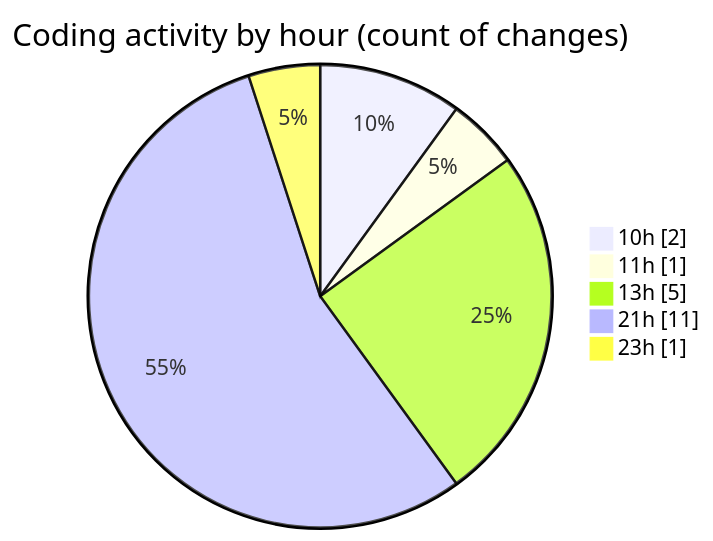
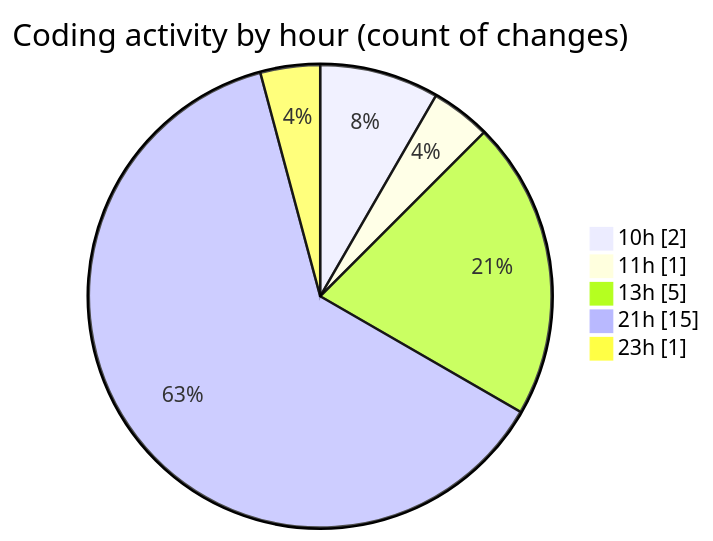
Before and after one commit to Elitesun/code-tracking: the second of 2 diagrams in 2025-05-26/elitesun/README.md, drawn with Mermaid. The commit also changed other lines of this file and 1 other file, not shown here.

````diff
--- a/2025-05-26/elitesun/README.md
+++ b/2025-05-26/elitesun/README.md
@@ -42,9 +45,9 @@
 ```mermaid
 pie showData
 title Coding activity by hour (count of changes)
 "10h" : 2
 "11h" : 1
 "13h" : 5
-"21h" : 11
+"21h" : 15
 "23h" : 1
 ```
````
